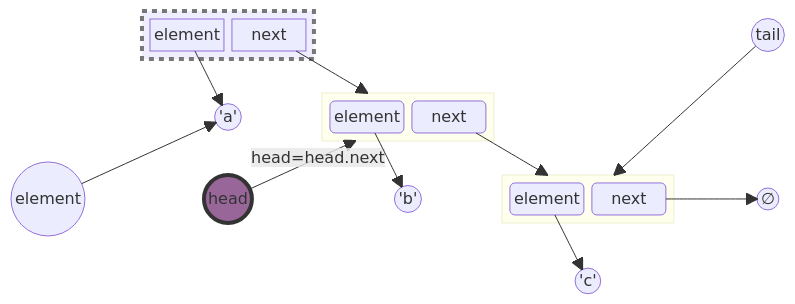
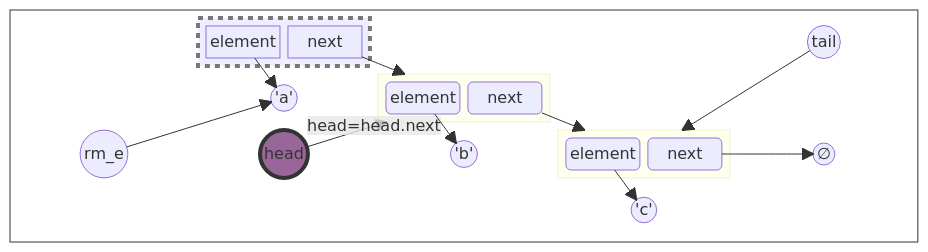
Before and after one commit to ruslylove/datastruct: the tenth of 12 diagrams in lectures/lect-3-Singly-Linked-List.md, drawn with Mermaid. The commit also changed other lines of this file and 1 other file, not shown here.

Commit message:
update linked list diagram

````diff
--- a/lectures/lect-3-Singly-Linked-List.md
+++ b/lectures/lect-3-Singly-Linked-List.md
@@ -635,59 +669,65 @@
-```mermaid {scale:0.55}
+```mermaid {scale:0.56}
 
 block-beta
+
+    block:border
 
     columns 5
 
     
     space
     block:node1
         element
         next
     end
 
     space
     space
     tail(("tail"))
     space
     A(("'a'"))
     
     
     block:node2
         element2("element")
         next2("next")
     end
 
     space
     space
-    remove(("element"))
+    remove(("rm_e"))
     head
     B(("'b'"))
 
     block:node3
         element3("element")
         next3("next")
     end
     
     null
 
     space
     space
     space
     
     C(("'c'"))
 
+    end
+
     next --> node2
     next2 --> node3
     next3 --> null(("∅"))
     head(("head")) --"head=head.next"--> node2
     element --> A
     element2 --> B
     element3 --> C
     tail --> node3
     remove --> A
 
     style node1 stroke-dasharray: 5 5,stroke-width:4,stroke:#777,fill:#eef
     style head fill:#969,stroke:#333,stroke-width:4px
+    style border fill:#fff,stroke:#333
+
 
 
 ```
````
